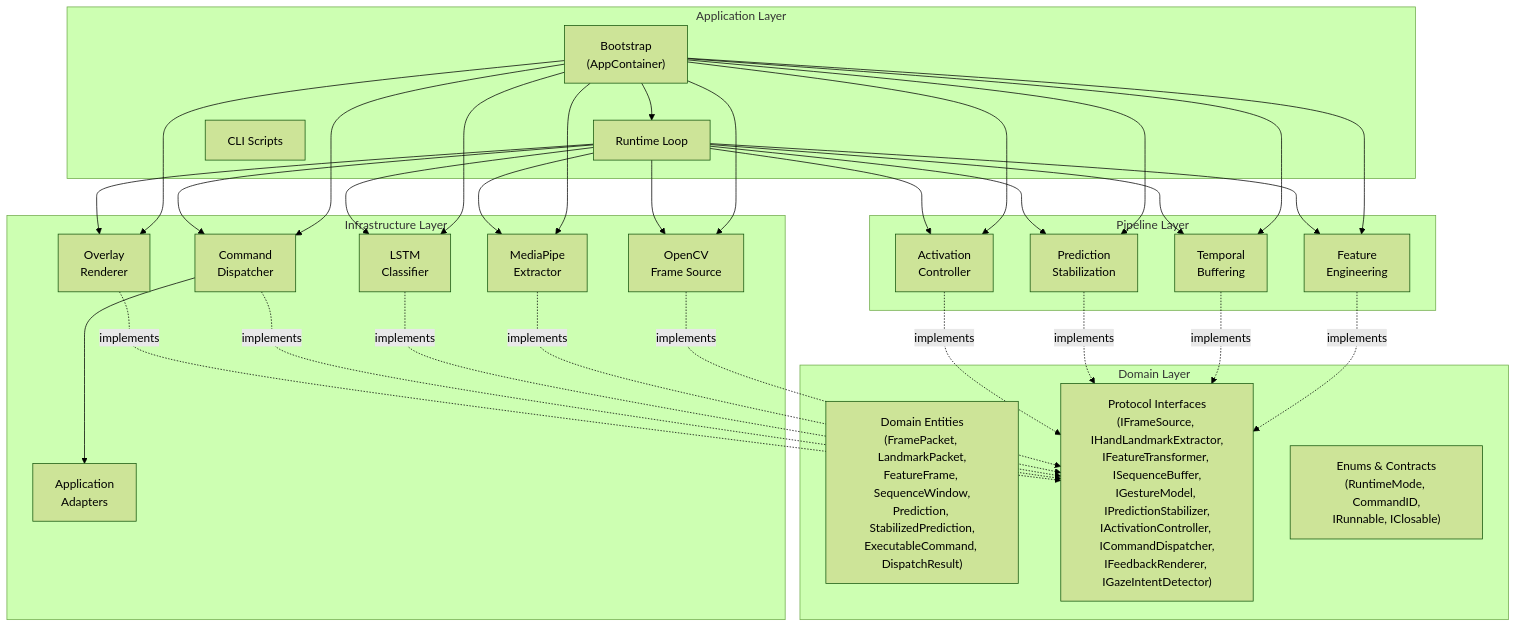
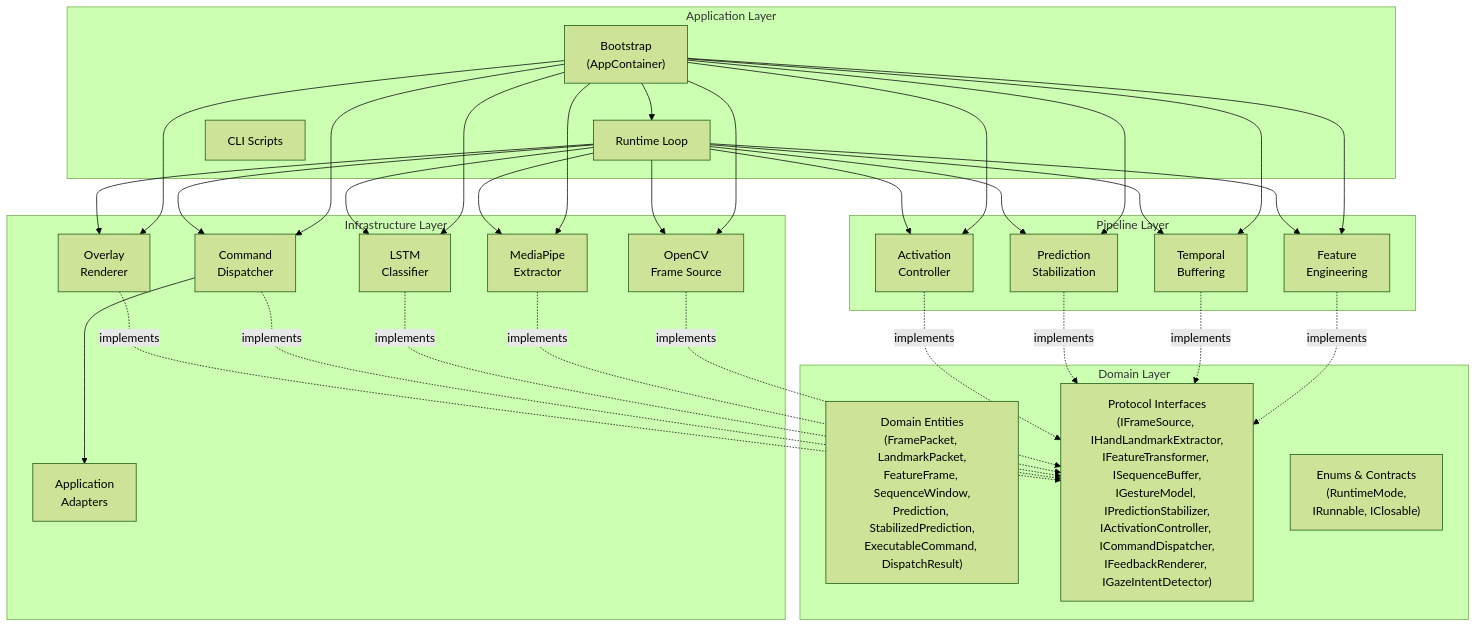
The first of 2 diagrams in docs/architecture/logical-view.md (ntsrigaud/Maestro), drawn with Mermaid (forest theme) before and after one commit. The commit also changed other lines of this file and 2 other files, not shown here.

First line of the commit message:
docs: update architecture docs for universal desktop interaction

````diff
--- a/docs/architecture/logical-view.md
+++ b/docs/architecture/logical-view.md
@@ -9,63 +9,63 @@
 ```mermaid
 graph TB
     subgraph Application ["Application Layer"]
         Bootstrap["Bootstrap<br/>(AppContainer)"]
         RuntimeLoop["Runtime Loop"]
         CLI["CLI Scripts"]
     end
 
     subgraph Pipeline ["Pipeline Layer"]
         FeatureEng["Feature<br/>Engineering"]
         Buffering["Temporal<br/>Buffering"]
         Stabilization["Prediction<br/>Stabilization"]
         Activation["Activation<br/>Controller"]
     end
 
     subgraph Infrastructure ["Infrastructure Layer"]
         Camera["OpenCV<br/>Frame Source"]
         MediaPipe["MediaPipe<br/>Extractor"]
         LSTMModel["LSTM<br/>Classifier"]
         Dispatcher["Command<br/>Dispatcher"]
         Adapters["Application<br/>Adapters"]
         Overlay["Overlay<br/>Renderer"]
     end
 
     subgraph Domain ["Domain Layer"]
         Entities["Domain Entities<br/>(FramePacket, LandmarkPacket,<br/>FeatureFrame, SequenceWindow,<br/>Prediction, StabilizedPrediction,<br/>ExecutableCommand, DispatchResult)"]
         Interfaces["Protocol Interfaces<br/>(IFrameSource, IHandLandmarkExtractor,<br/>IFeatureTransformer, ISequenceBuffer,<br/>IGestureModel, IPredictionStabilizer,<br/>IActivationController, ICommandDispatcher,<br/>IFeedbackRenderer, IGazeIntentDetector)"]
-        Enums["Enums & Contracts<br/>(RuntimeMode, CommandID,<br/>IRunnable, IClosable)"]
+        Enums["Enums & Contracts<br/>(RuntimeMode,<br/>IRunnable, IClosable)"]
     end
 
     Bootstrap --> Camera
     Bootstrap --> MediaPipe
     Bootstrap --> LSTMModel
     Bootstrap --> FeatureEng
     Bootstrap --> Buffering
     Bootstrap --> Stabilization
     Bootstrap --> Activation
     Bootstrap --> Dispatcher
     Bootstrap --> Overlay
     Bootstrap --> RuntimeLoop
 
     RuntimeLoop --> Camera
     RuntimeLoop --> MediaPipe
     RuntimeLoop --> FeatureEng
     RuntimeLoop --> Buffering
     RuntimeLoop --> LSTMModel
     RuntimeLoop --> Stabilization
     RuntimeLoop --> Activation
     RuntimeLoop --> Dispatcher
     RuntimeLoop --> Overlay
 
     Camera -.->|implements| Interfaces
     MediaPipe -.->|implements| Interfaces
     LSTMModel -.->|implements| Interfaces
     FeatureEng -.->|implements| Interfaces
     Buffering -.->|implements| Interfaces
     Stabilization -.->|implements| Interfaces
     Activation -.->|implements| Interfaces
     Dispatcher -.->|implements| Interfaces
     Overlay -.->|implements| Interfaces
 
     Dispatcher --> Adapters
 ```
````
